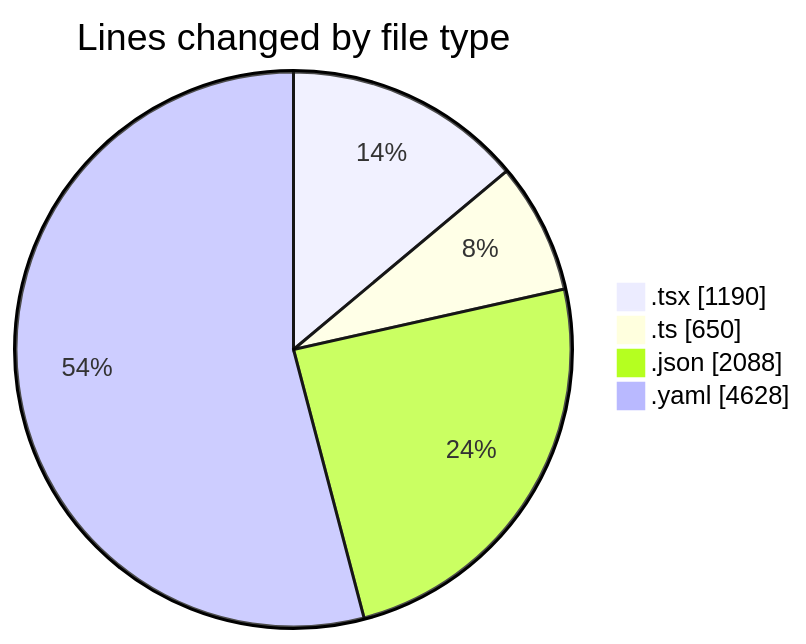
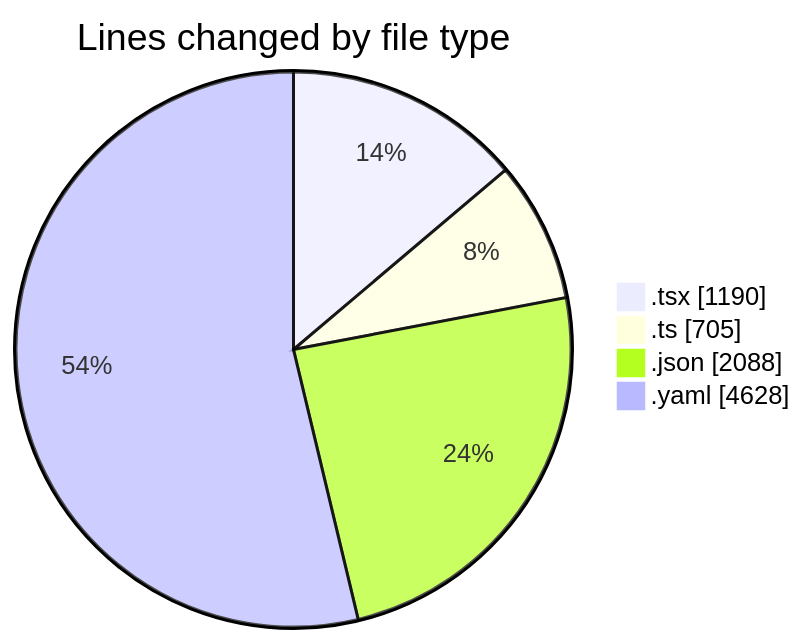
The first of 2 diagrams in 2025-10-31/eventscop-frontend-guide__workspace_/README.md (julien-gomy/code-tracking), drawn with Mermaid before and after one commit. The commit also changed other lines of this file and 1 other file, not shown here.

````diff
--- a/2025-10-31/eventscop-frontend-guide__workspace_/README.md
+++ b/2025-10-31/eventscop-frontend-guide__workspace_/README.md
@@ -33,8 +33,8 @@
 ```mermaid
 pie showData
 title Lines changed by file type
 ".tsx" : 1190
-".ts" : 650
+".ts" : 705
 ".json" : 2088
 ".yaml" : 4628
 ```
````
